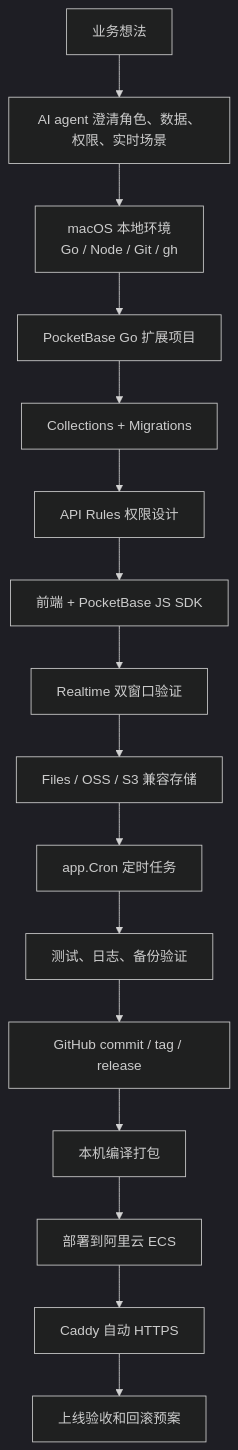
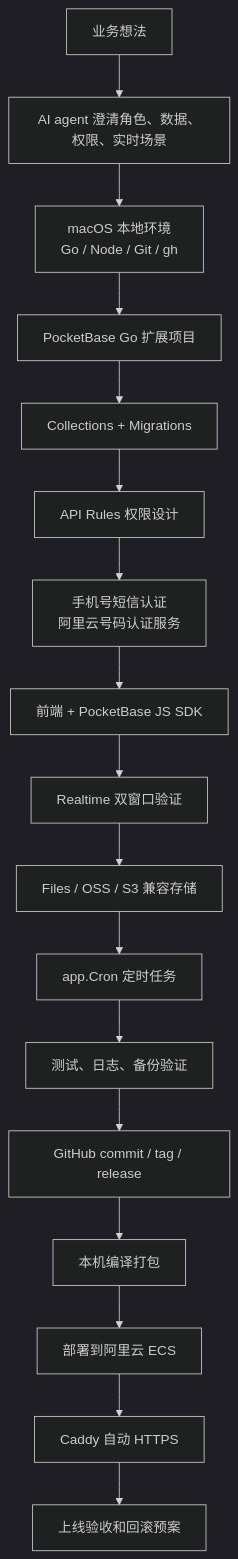
The first of 5 diagrams in README.md (charlescui/pocketbase-ai-mvp-builder), drawn with Mermaid (dark theme) before and after one commit. The commit also changed other lines of this file and 6 other files, not shown here.

````diff
--- a/README.md
+++ b/README.md
@@ -70,18 +71,19 @@
 ```mermaid
 flowchart TD
     A["业务想法"] --> B["AI agent 澄清角色、数据、权限、实时场景"]
     B --> C["macOS 本地环境<br/>Go / Node / Git / gh"]
     C --> D["PocketBase Go 扩展项目"]
     D --> E["Collections + Migrations"]
     E --> F["API Rules 权限设计"]
-    F --> G["前端 + PocketBase JS SDK"]
-    G --> H["Realtime 双窗口验证"]
-    H --> I["Files / OSS / S3 兼容存储"]
-    I --> J["app.Cron 定时任务"]
-    J --> K["测试、日志、备份验证"]
-    K --> L["GitHub commit / tag / release"]
-    L --> M["本机编译打包"]
-    M --> N["部署到阿里云 ECS"]
-    N --> O["Caddy 自动 HTTPS"]
-    O --> P["上线验收和回滚预案"]
+    F --> G["手机号短信认证<br/>阿里云号码认证服务"]
+    G --> H["前端 + PocketBase JS SDK"]
+    H --> I["Realtime 双窗口验证"]
+    I --> J["Files / OSS / S3 兼容存储"]
+    J --> K["app.Cron 定时任务"]
+    K --> L["测试、日志、备份验证"]
+    L --> M["GitHub commit / tag / release"]
+    M --> N["本机编译打包"]
+    N --> O["部署到阿里云 ECS"]
+    O --> P["Caddy 自动 HTTPS"]
+    P --> Q["上线验收和回滚预案"]
 ```
````
